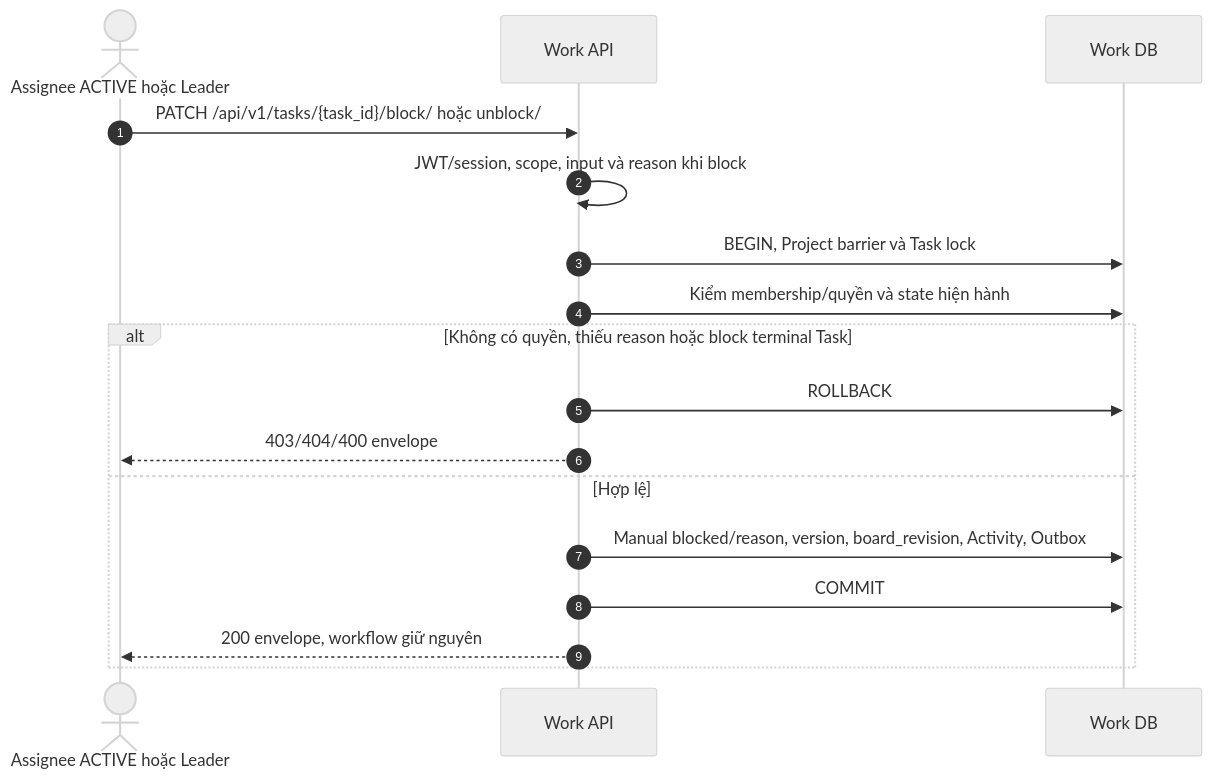
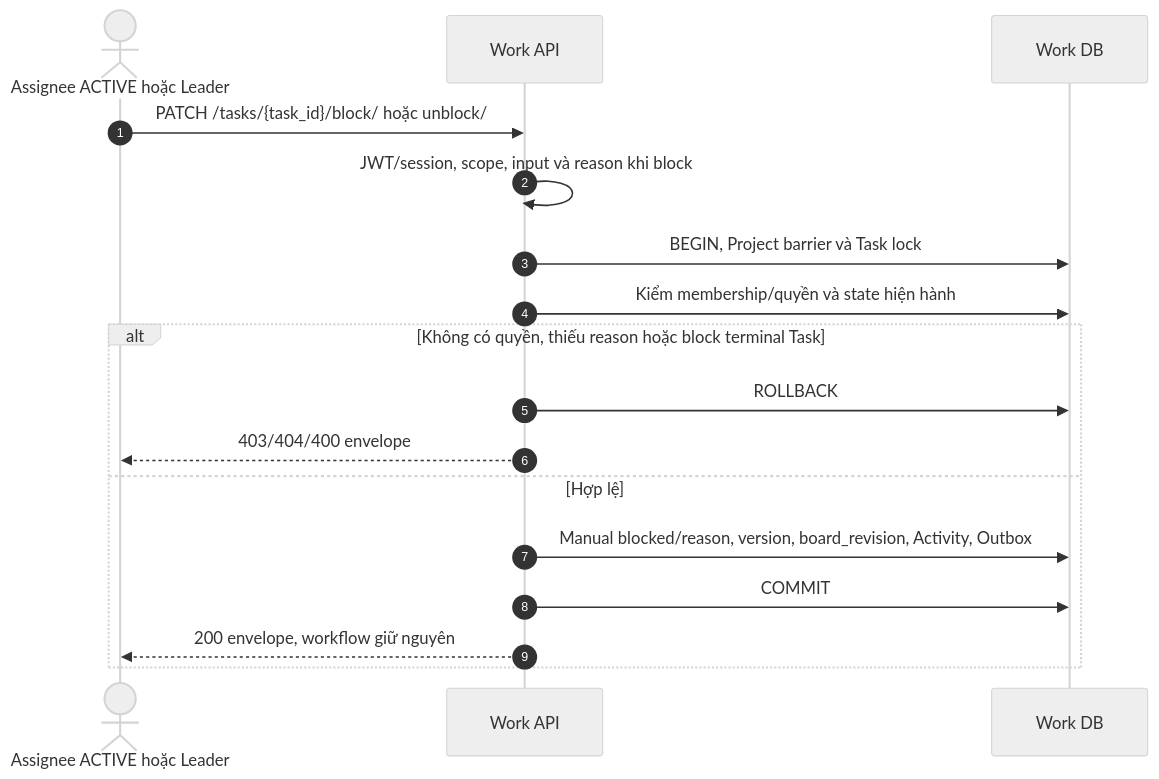
Before and after one commit to TriNguyenThanh/UTask: the third of 12 diagrams in docs/diagram/work-service/sequence.md, drawn with Mermaid (neutral theme). The commit also changed other lines of this file and 68 other files, not shown here.

````diff
--- a/docs/diagram/work-service/sequence.md
+++ b/docs/diagram/work-service/sequence.md
@@ -110,19 +110,19 @@
 ```mermaid
 sequenceDiagram
     autonumber
     actor U as Assignee ACTIVE hoặc Leader
     participant A as Work API
     participant D as Work DB
-    U->>A: PATCH /api/v1/tasks/{task_id}/block/ hoặc unblock/
+    U->>A: PATCH /tasks/{task_id}/block/ hoặc unblock/
     A->>A: JWT/session, scope, input và reason khi block
     A->>D: BEGIN, Project barrier và Task lock
     A->>D: Kiểm membership/quyền và state hiện hành
     alt Không có quyền, thiếu reason hoặc block terminal Task
         A->>D: ROLLBACK
         A-->>U: 403/404/400 envelope
     else Hợp lệ
         A->>D: Manual blocked/reason, version, board_revision, Activity, Outbox
         A->>D: COMMIT
         A-->>U: 200 envelope, workflow giữ nguyên
     end
 ```
````
